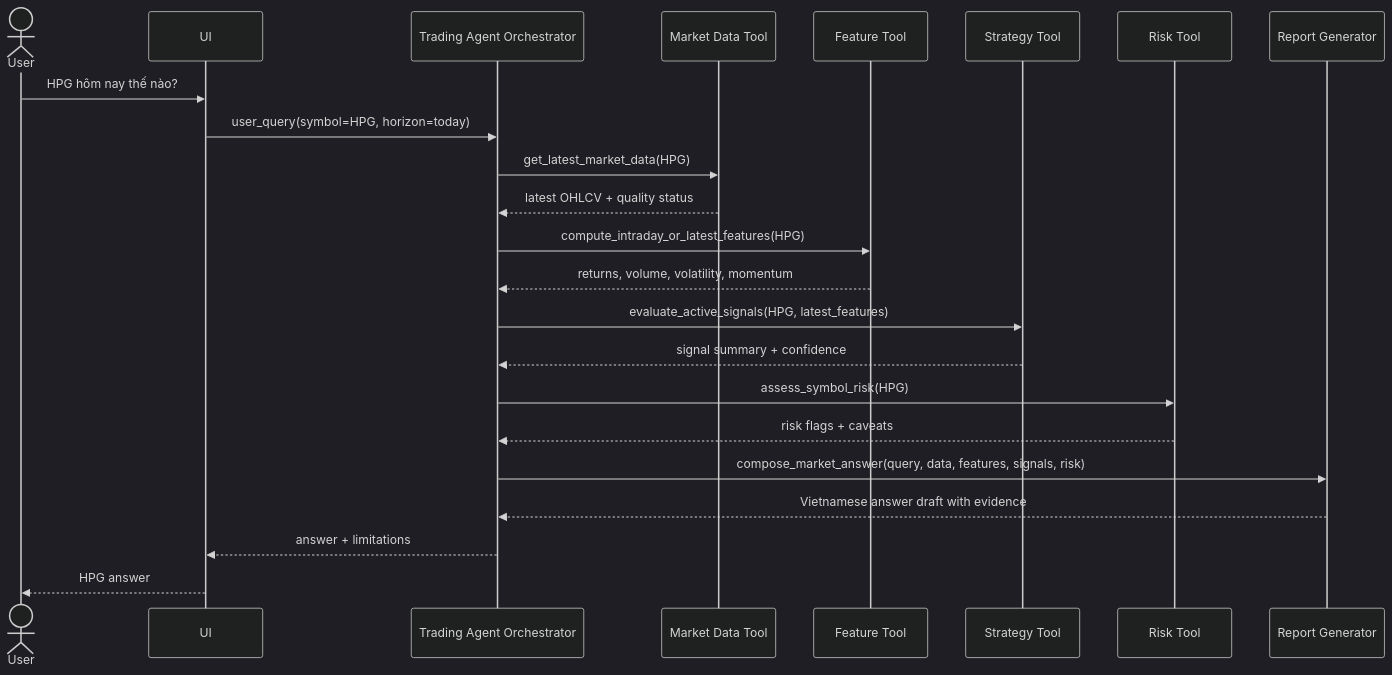
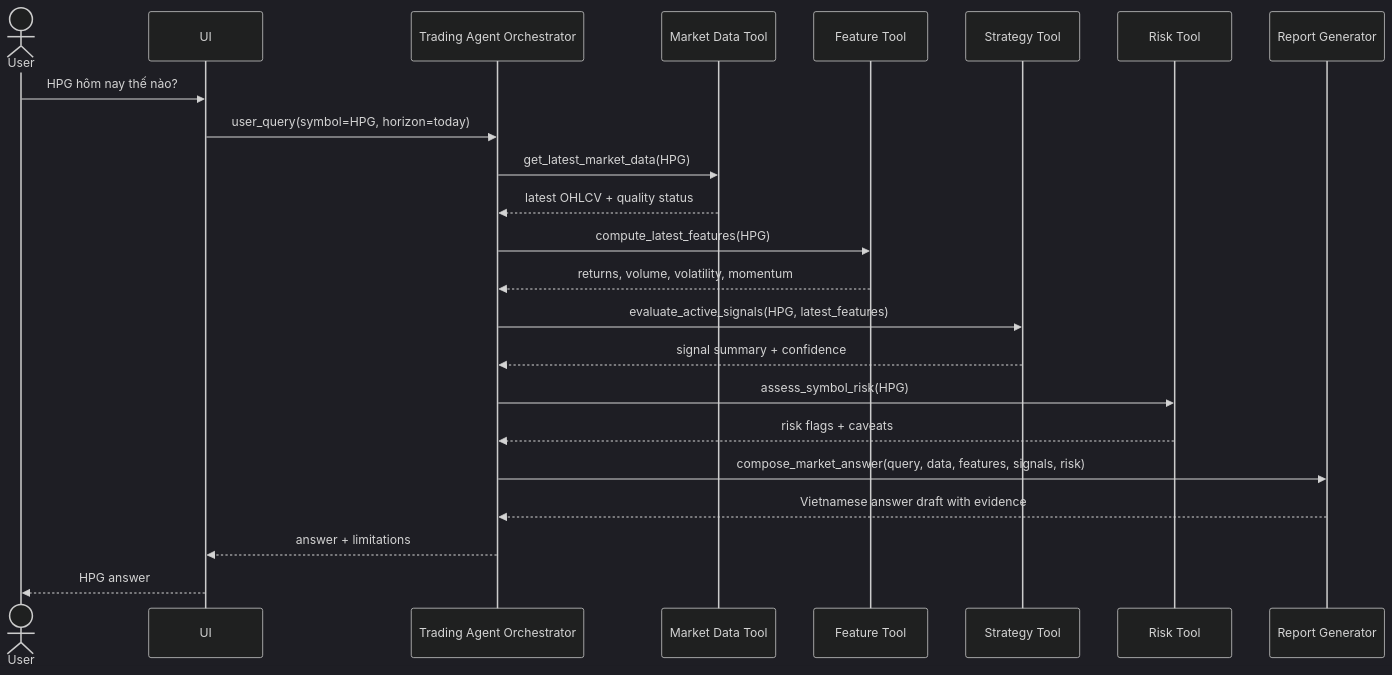
One commit to aumi102/vsf-agentic-trading-lab changed the third of 4 diagrams in docs/reports/progress_report.md. Above: the diagram before and after it, drawn with Mermaid (dark theme). The commit also changed other lines of this file, not shown here.

````diff
--- a/docs/reports/progress_report.md
+++ b/docs/reports/progress_report.md
@@ -351,26 +313,26 @@
 ```mermaid
 sequenceDiagram
   actor User as User
   participant UI as UI
   participant Agent as Trading Agent Orchestrator
   participant Data as Market Data Tool
   participant Feature as Feature Tool
   participant Strategy as Strategy Tool
   participant Risk as Risk Tool
   participant Report as Report Generator
 
   User->>UI: HPG hôm nay thế nào?
   UI->>Agent: user_query(symbol=HPG, horizon=today)
   Agent->>Data: get_latest_market_data(HPG)
   Data-->>Agent: latest OHLCV + quality status
-  Agent->>Feature: compute_intraday_or_latest_features(HPG)
+  Agent->>Feature: compute_latest_features(HPG)
   Feature-->>Agent: returns, volume, volatility, momentum
   Agent->>Strategy: evaluate_active_signals(HPG, latest_features)
   Strategy-->>Agent: signal summary + confidence
   Agent->>Risk: assess_symbol_risk(HPG)
   Risk-->>Agent: risk flags + caveats
   Agent->>Report: compose_market_answer(query, data, features, signals, risk)
   Report-->>Agent: Vietnamese answer draft with evidence
   Agent-->>UI: answer + limitations
   UI-->>User: HPG answer
 ```
````
